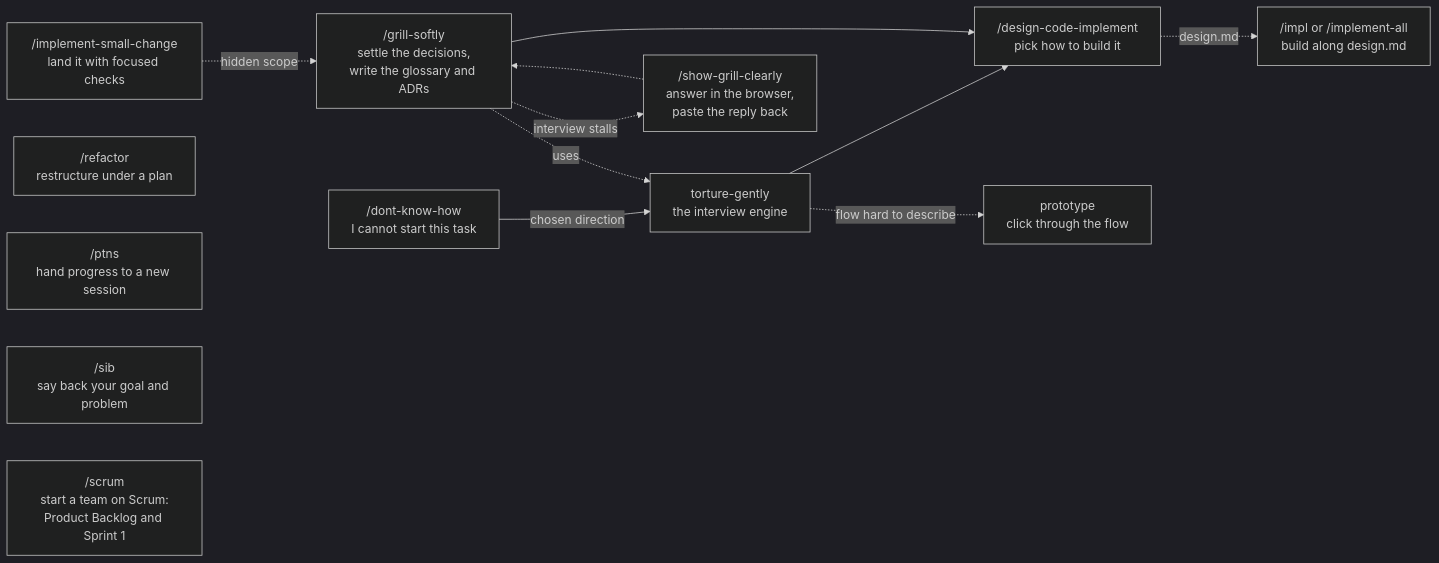
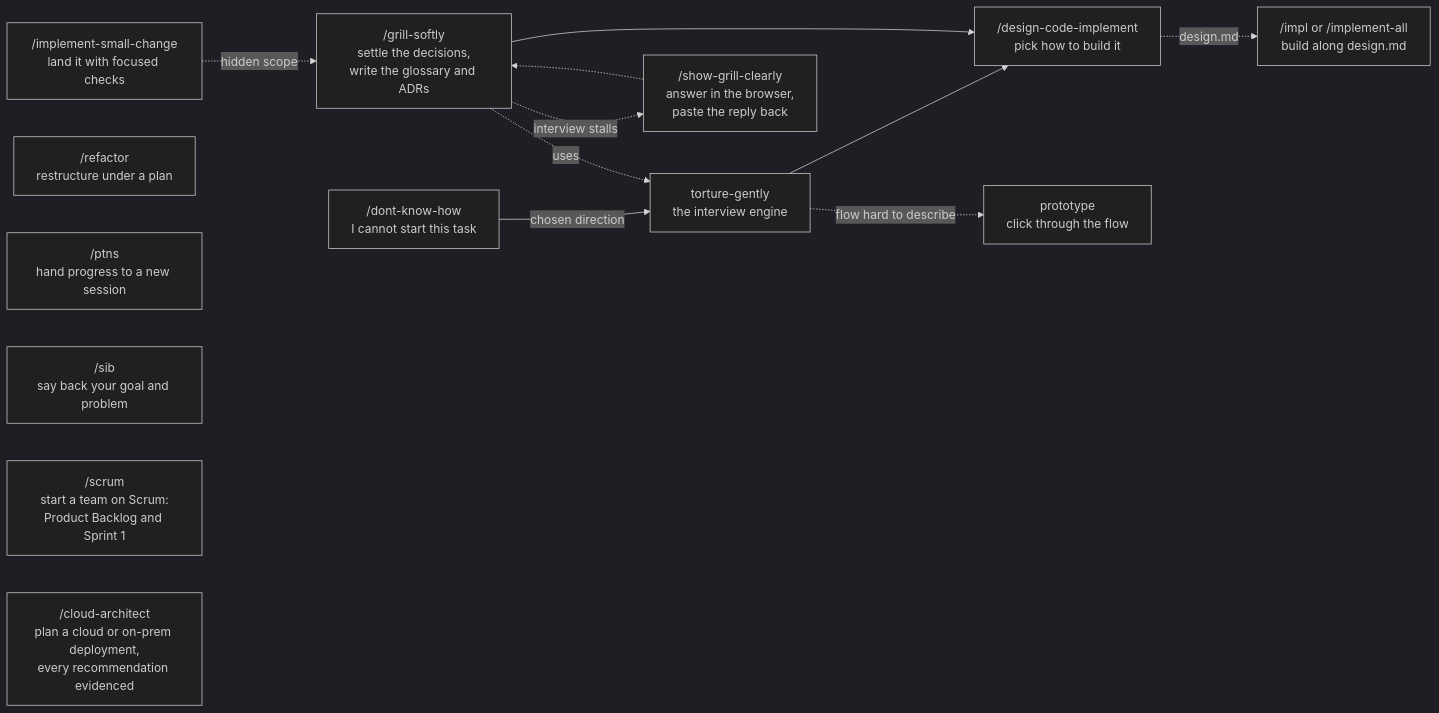
The diagram in README.md (GUOJIE-HONG/skills), drawn with Mermaid (dark theme) before and after one commit. The commit also changed other lines of this file and 5 other files, not shown here.

First line of the commit message:
feat(cloud-architect): 新增規劃雲端或地端部署的 skill

````diff
--- a/README.md
+++ b/README.md
@@ -59,18 +59,19 @@
 ```mermaid
 flowchart LR
     A["/dont-know-how<br/>I cannot start this task"] -->|"chosen direction"| F["torture-gently<br/>the interview engine"]
     F --> C
     F -. flow hard to describe .-> P["prototype<br/>click through the flow"]
     B["/grill-softly<br/>settle the decisions,<br/>write the glossary and ADRs"]
     B --> C["/design-code-implement<br/>pick how to build it"]
     D["/implement-small-change<br/>land it with focused checks"]
     R["/refactor<br/>restructure under a plan"]
     H["/ptns<br/>hand progress to a new session"]
     S["/sib<br/>say back your goal and problem"]
     K["/scrum<br/>start a team on Scrum:<br/>Product Backlog and Sprint 1"]
+    CA["/cloud-architect<br/>plan a cloud or on-prem deployment,<br/>every recommendation evidenced"]
     C -.->|"design.md"| G["/impl or /implement-all<br/>build along design.md"]
     B -. interview stalls .-> E["/show-grill-clearly<br/>answer in the browser,<br/>paste the reply back"]
     E -.-> B
     B -. uses .-> F
     D -. hidden scope .-> B
 ```
````
